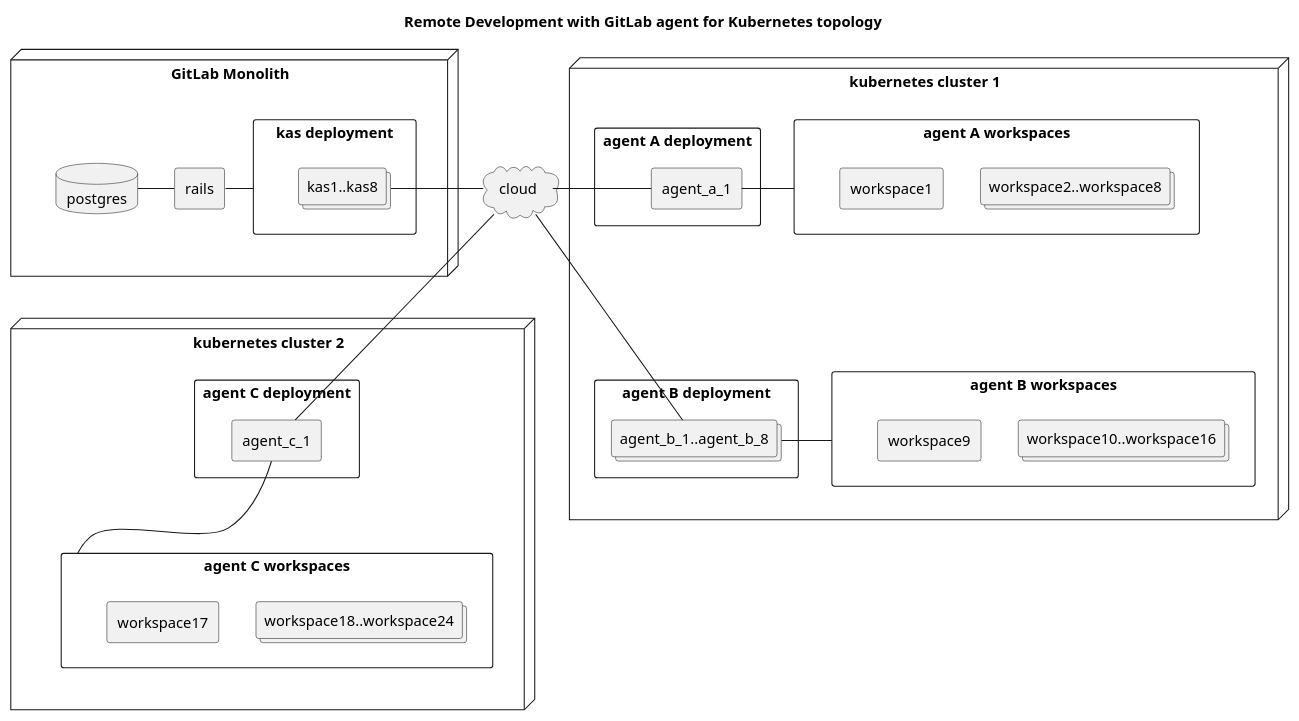
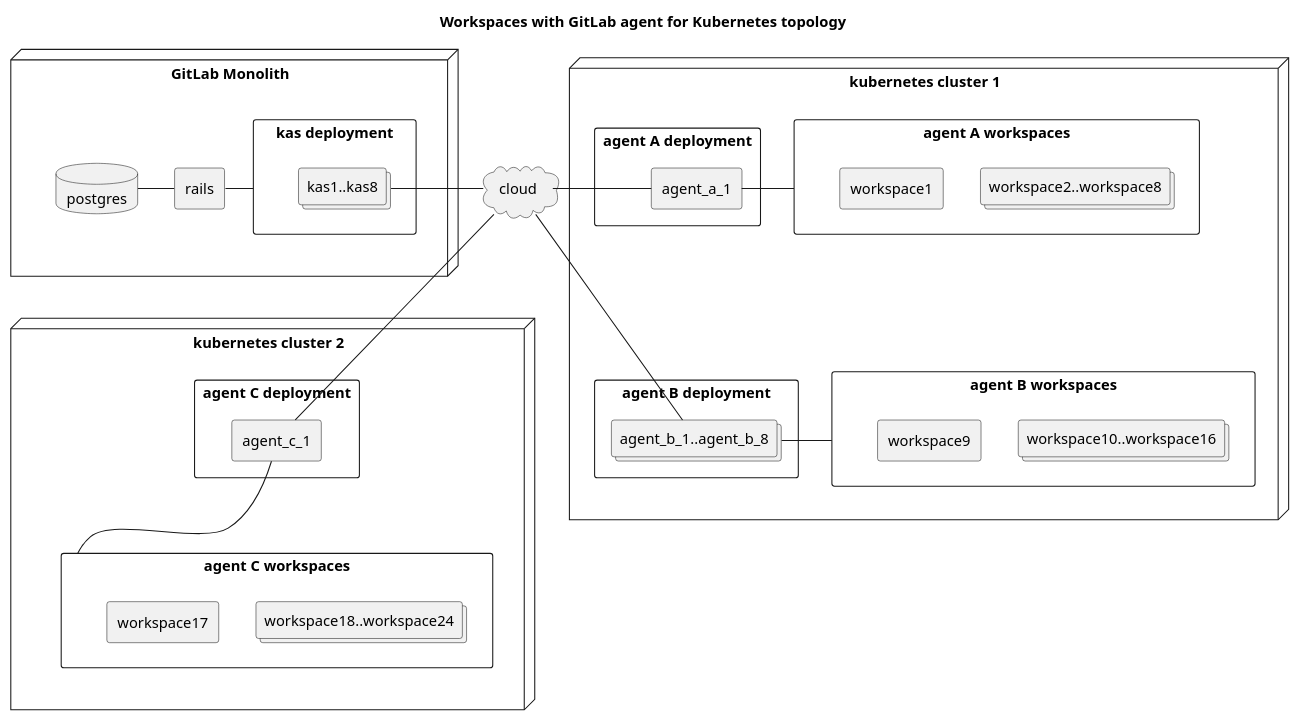
Before and after one commit to zalyoung/gitlab-handbook: the second of 8 diagrams in content/handbook/engineering/architecture/design-documents/workspaces/_index.md, drawn with PlantUML. The commit also changed other lines of this file, not shown here.

````diff
--- a/content/handbook/engineering/architecture/design-documents/workspaces/_index.md
+++ b/content/handbook/engineering/architecture/design-documents/workspaces/_index.md
@@ -218,69 +218,69 @@
 ```plantuml
 @startuml
 
 title
-  Remote Development with GitLab agent for Kubernetes topology
+  Workspaces with GitLab agent for Kubernetes topology
 end title
 
 node "GitLab Monolith" as gitlab {
   rectangle "kas deployment" as kas_deployment {
       collections kas1..kas8
   }
   rectangle rails
   database postgres
 
   kas_deployment - rails
   rails -left- postgres
 }
 
 node "kubernetes cluster 1" as kubernetes1 {
   rectangle "agent A workspaces" as agent_a_workspaces {
     collections workspace2..workspace8
     rectangle workspace1
   }
 
   rectangle "agent B workspaces" as agent_b..agent_b_8_workspaces {
     collections workspace10..workspace16
     rectangle workspace9
   }
 
   rectangle "agent A deployment" as agent_a_deployment {
     rectangle agent_a_1
   }
 
   rectangle "agent B deployment" as agent_b_deployment {
     collections agent_b_1..agent_b_8
   }
 
   agent_a_1 - agent_a_workspaces
   agent_b_1..agent_b_8 - agent_b..agent_b_8_workspaces
 }
 
 node "kubernetes cluster 2" as kubernetes2 {
   rectangle "agent C workspaces" as agent_c_workspaces {
     collections workspace18..workspace24
     rectangle workspace17
   }
 
   rectangle "agent C deployment" as agent_c_deployment {
     rectangle agent_c_1
   }
 
   agent_c_1 -down- agent_c_workspaces
 }
 
 
 cloud cloud
 
 cloud - kas1..kas8
 cloud - agent_a_1
 cloud - agent_b_1..agent_b_8
 cloud - agent_c_1
 
 
 'the following hidden line is a hack to get the diagram to render correctly
 agent_a_1 -[hidden]- agent_b_1..agent_b_8
 gitlab -[hidden]d- kubernetes2
 
 @enduml
 ```
````
